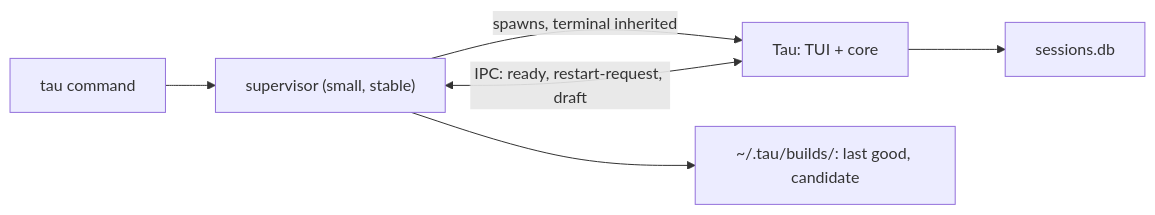
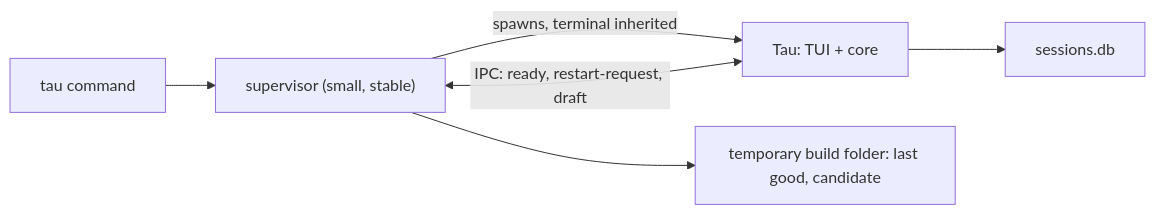
Before and after one commit to shanepadgett/tau-agent: the first of 2 diagrams in docs/plan/reload.md, drawn with Mermaid. The commit also changed other lines of this file and 34 other files, not shown here.

````diff
--- a/docs/plan/reload.md
+++ b/docs/plan/reload.md
@@ -32,8 +43,8 @@
 ```mermaid
 flowchart LR
   user["tau command"] --> sup["supervisor (small, stable)"]
   sup -->|"spawns, terminal inherited"| child["Tau: TUI + core"]
   child <-->|"IPC: ready, restart-request, draft"| sup
   child --> db["sessions.db"]
-  sup --> builds["~/.tau/builds/: last good, candidate"]
+  sup --> builds["temporary build folder: last good, candidate"]
 ```
````
